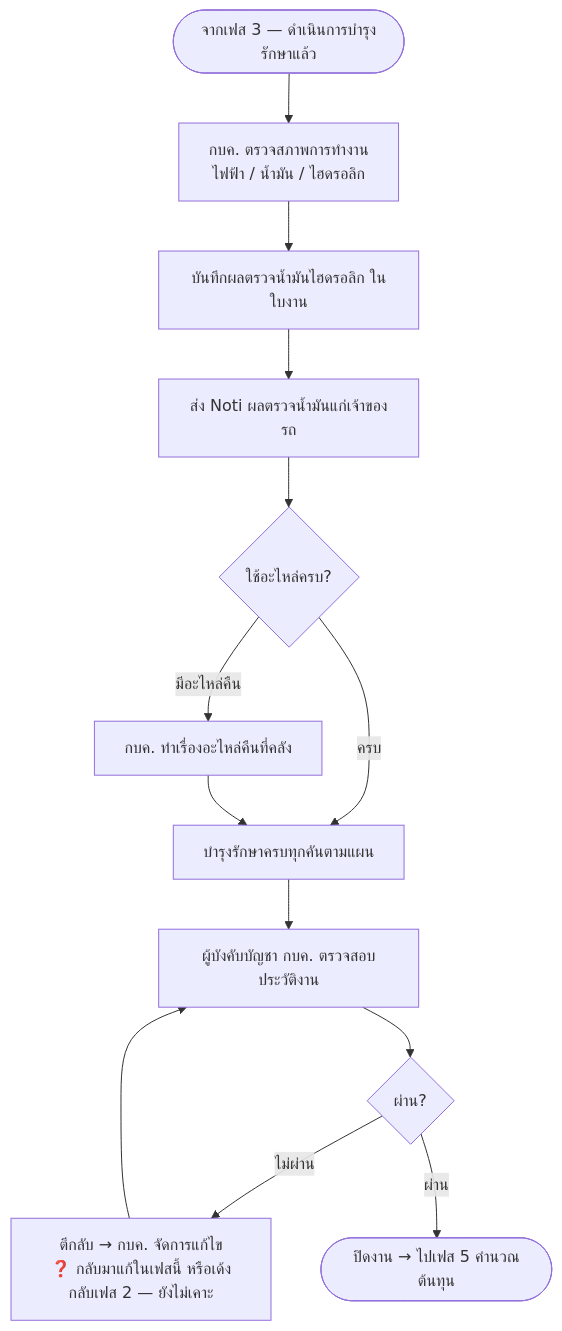
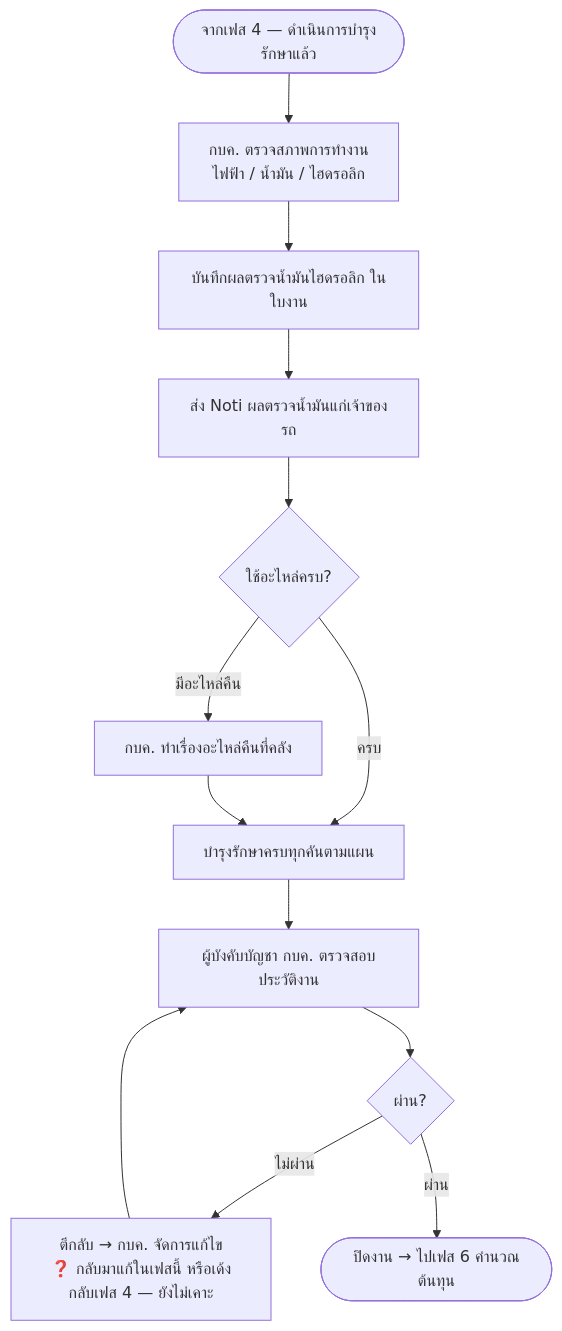
The diagram in Diagram/01-บำรุงรักษาตามวาระ/05-เฟส4-จัดทำรายงาน.md (anugmail/Maintenance-Request-Form), drawn with Mermaid before and after one commit. The commit also changed other lines of this file and 18 other files, not shown here.

Commit message:
feat: ปรับการแสดงขั้นตอนของ flow บำรุงรักษา โดยทุกอย่างยังทำงานเหมือนเดิม

````diff
--- a/Diagram/01-บำรุงรักษาตามวาระ/05-เฟส4-จัดทำรายงาน.md
+++ b/Diagram/01-บำรุงรักษาตามวาระ/05-เฟส4-จัดทำรายงาน.md
@@ -8,15 +11,15 @@
 ```mermaid
 flowchart TB
-    S([จากเฟส 3 — ดำเนินการบำรุงรักษาแล้ว]) --> A[กบค. ตรวจสภาพการทำงาน<br/>ไฟฟ้า / น้ำมัน / ไฮดรอลิก]
+    S([จากเฟส 4 — ดำเนินการบำรุงรักษาแล้ว]) --> A[กบค. ตรวจสภาพการทำงาน<br/>ไฟฟ้า / น้ำมัน / ไฮดรอลิก]
     A --> B[บันทึกผลตรวจน้ำมันไฮดรอลิก ในใบงาน]
     B --> C[ส่ง Noti ผลตรวจน้ำมันแก่เจ้าของรถ]
     C --> D{ใช้อะไหล่ครบ?}
     D -->|มีอะไหล่คืน| E[กบค. ทำเรื่องอะไหล่คืนที่คลัง]
     D -->|ครบ| F[บำรุงรักษาครบทุกคันตามแผน]
     E --> F
     F --> G[ผู้บังคับบัญชา กบค. ตรวจสอบประวัติงาน]
     G --> H{ผ่าน?}
-    H -->|ไม่ผ่าน| I["ตีกลับ → กบค. จัดการแก้ไข<br/>❓ กลับมาแก้ในเฟสนี้ หรือเด้งกลับเฟส 2 — ยังไม่เคาะ"]
+    H -->|ไม่ผ่าน| I["ตีกลับ → กบค. จัดการแก้ไข<br/>❓ กลับมาแก้ในเฟสนี้ หรือเด้งกลับเฟส 4 — ยังไม่เคาะ"]
     I --> G
-    H -->|ผ่าน| J([ปิดงาน → ไปเฟส 5 คำนวณต้นทุน])
+    H -->|ผ่าน| J([ปิดงาน → ไปเฟส 6 คำนวณต้นทุน])
 ```
````
